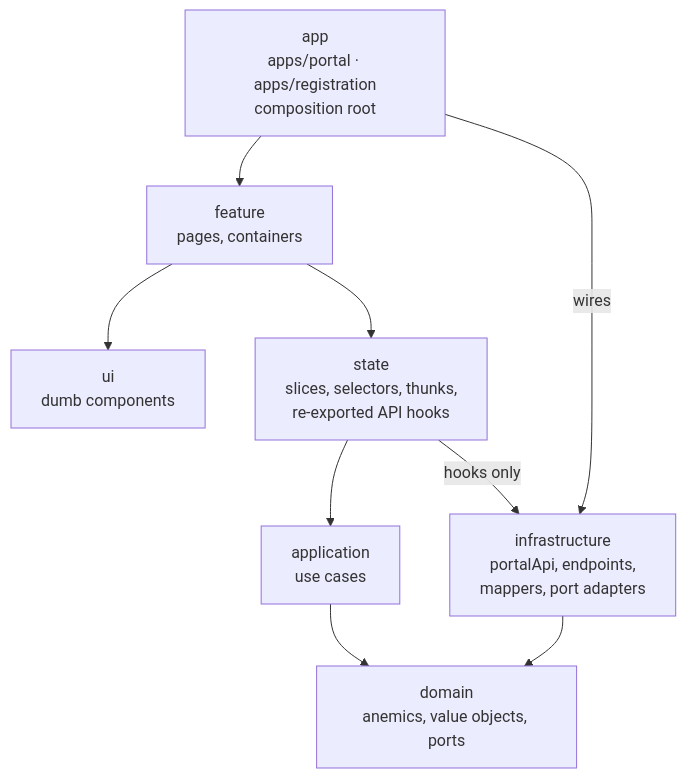
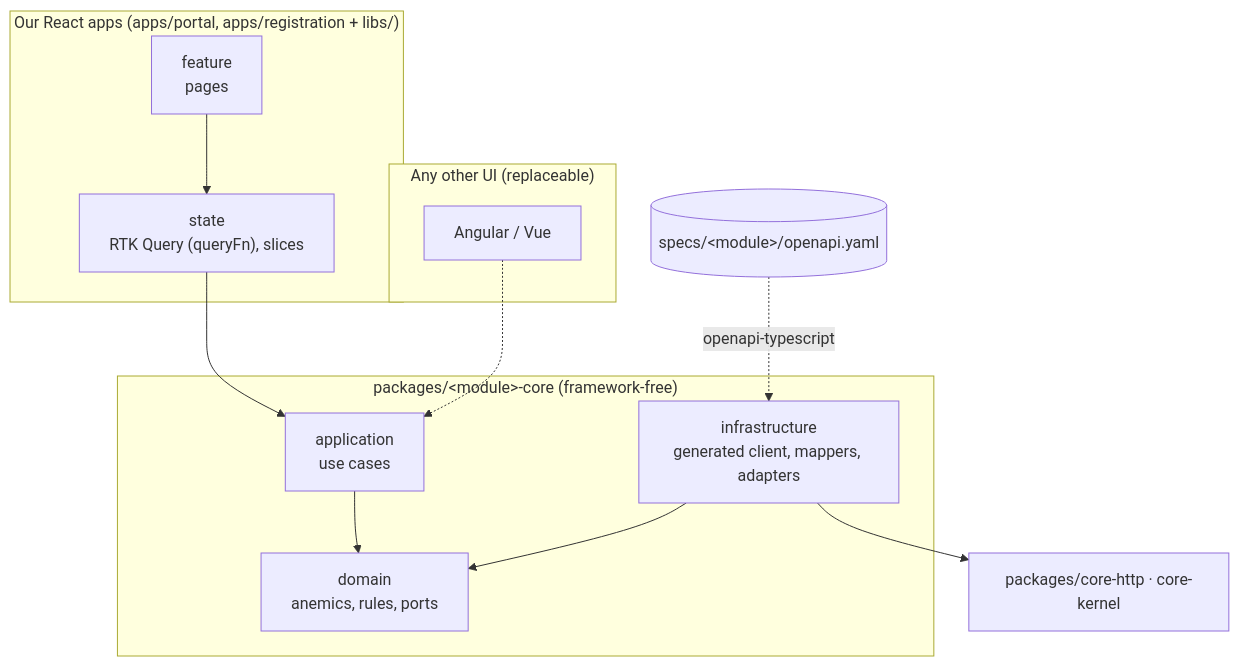
Before and after one commit to tx-arena-events/portal-frontend-spec: the diagram in architecture/README.md, drawn with Mermaid. The commit also changed other lines of this file and 13 other files, not shown here.

Commit message:
docs(architecture): add frontend architecture guide

````diff
--- a/architecture/README.md
+++ b/architecture/README.md
@@ -28,19 +33,20 @@
 ```mermaid
 flowchart TB
-    app["app<br/>apps/portal · apps/registration<br/>composition root"]
-    feature["feature<br/>pages, containers"]
-    ui["ui<br/>dumb components"]
-    state["state<br/>slices, selectors, thunks,<br/>re-exported API hooks"]
-    application["application<br/>use cases"]
-    domain["domain<br/>anemics, value objects, ports"]
-    infra["infrastructure<br/>portalApi, endpoints,<br/>mappers, port adapters"]
+    subgraph other["Any other UI (replaceable)"]
+        angular["Angular / Vue"]
+    end
+    subgraph portal["Our React apps (apps/portal, apps/registration + libs/)"]
+        feature["feature<br/>pages"] --> state["state<br/>RTK Query (queryFn), slices"]
+    end
+    subgraph core["packages/&lt;module&gt;-core (framework-free)"]
+        application["application<br/>use cases"] --> domain["domain<br/>anemics, rules, ports"]
+        infrastructure["infrastructure<br/>generated client, mappers, adapters"] --> domain
+    end
+    shared["packages/core-http · core-kernel"]
+    spec[("specs/&lt;module&gt;/openapi.yaml")]
 
-    app --> feature
-    feature --> ui
-    feature --> state
     state --> application
-    application --> domain
-    infra --> domain
-    app -- wires --> infra
-    state -- hooks only --> infra
+    angular -.-> application
+    infrastructure --> shared
+    spec -. openapi-typescript .-> infrastructure
 ```
````
